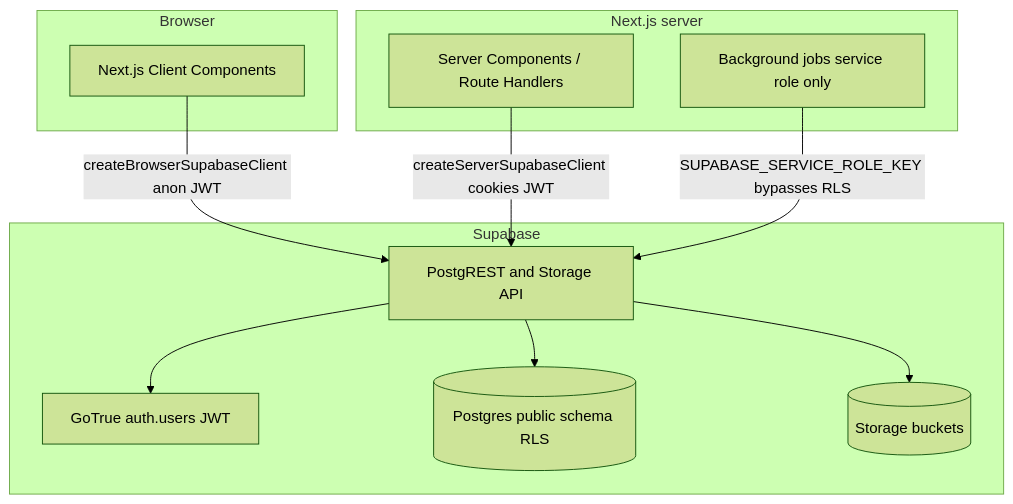
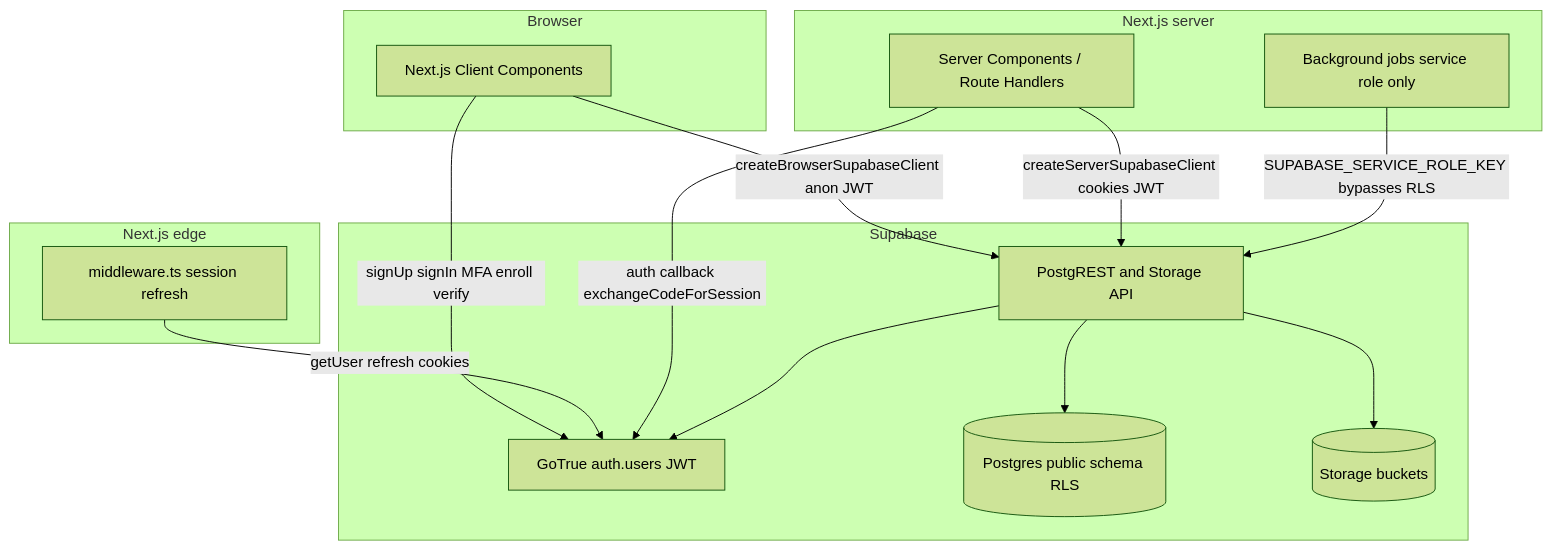
One commit to protektiq/arbor changed the diagram in DATA_FLOW.md. Above: the diagram before and after it, drawn with Mermaid (forest theme). The commit also changed other lines of this file and 12 other files, not shown here.

````diff
--- a/DATA_FLOW.md
+++ b/DATA_FLOW.md
@@ -5,22 +5,28 @@
 ```mermaid
 flowchart TB
   subgraph client [Browser]
     nextClient[Next.js Client Components]
+  end
+  subgraph edge [Next.js edge]
+    mw[middleware.ts session refresh]
   end
   subgraph server [Next.js server]
     rsc[Server Components / Route Handlers]
     jobs[Background jobs service role only]
   end
   subgraph supa [Supabase]
     auth[GoTrue auth.users JWT]
     api[PostgREST and Storage API]
     pg[(Postgres public schema RLS)]
     st[(Storage buckets)]
   end
+  nextClient -->|signUp signIn MFA enroll verify| auth
   nextClient -->|createBrowserSupabaseClient anon JWT| api
+  mw -->|getUser refresh cookies| auth
   rsc -->|createServerSupabaseClient cookies JWT| api
+  rsc -->|auth callback exchangeCodeForSession| auth
   jobs -->|SUPABASE_SERVICE_ROLE_KEY bypasses RLS| api
   api --> auth
   api --> pg
   api --> st
 ```
````
